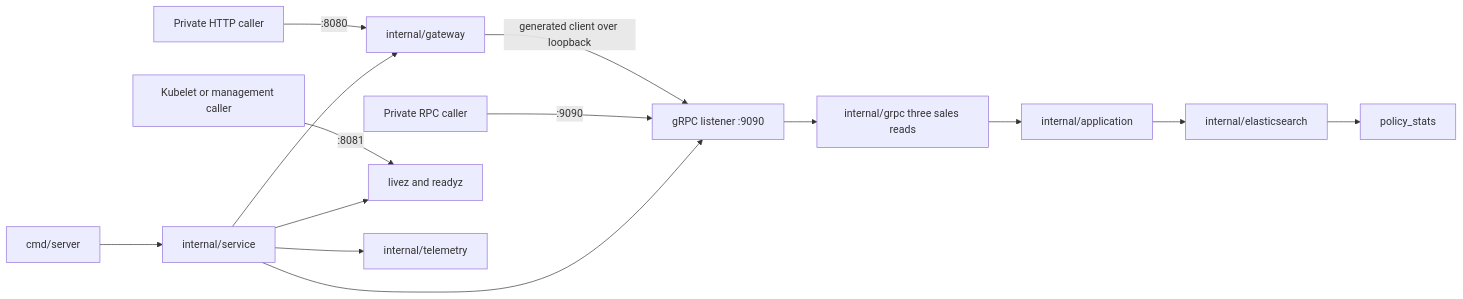
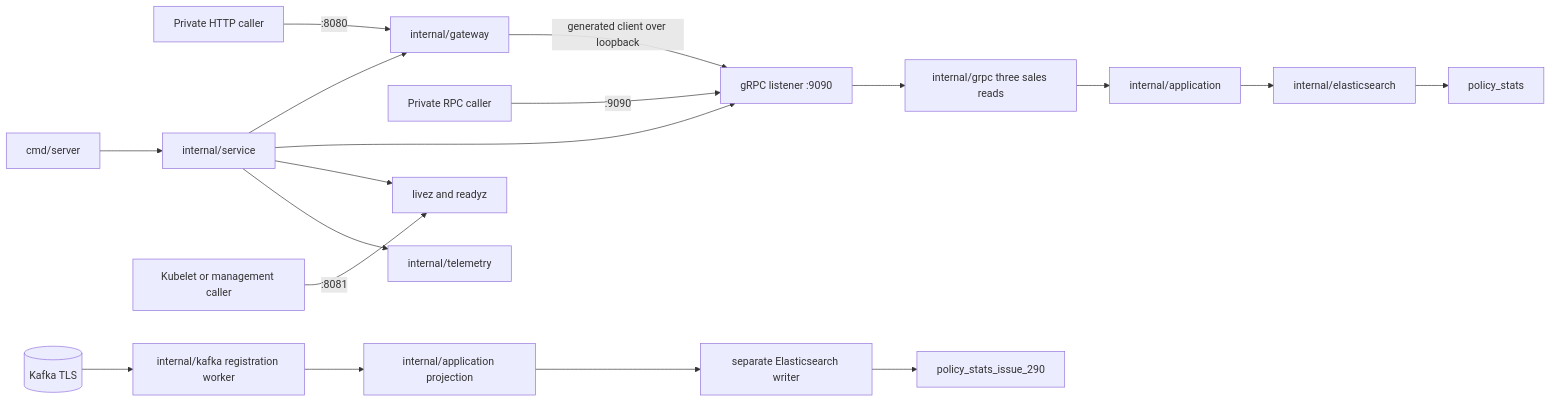
One commit to igor-baiborodine/insurance-hub changed the diagram in services/dashboard-service/README.md. Above: the diagram before and after it, drawn with Mermaid. The commit also changed other lines of this file and 20 other files, not shown here.

````diff
--- a/services/dashboard-service/README.md
+++ b/services/dashboard-service/README.md
@@ -53,16 +53,20 @@
 ```mermaid
 flowchart LR
     caller["Private HTTP caller"] -->|":8080"| gateway["internal/gateway"]
     gateway -->|"generated client over loopback"| listener["gRPC listener :9090"]
     direct["Private RPC caller"] -->|":9090"| listener
     listener --> query["internal/grpc three sales reads"]
     query --> usecase["internal/application"]
     usecase --> reader["internal/elasticsearch"]
     reader --> es["policy_stats"]
+    broker[("Kafka TLS")] --> worker["internal/kafka registration worker"]
+    worker --> projection["internal/application projection"]
+    projection --> writer["separate Elasticsearch writer"]
+    writer --> isolated["policy_stats_issue_290"]
     probes["Kubelet or management caller"] -->|":8081"| health["livez and readyz"]
     entry["cmd/server"] --> composition["internal/service"]
     composition --> gateway
     composition --> listener
     composition --> health
     composition --> telemetry["internal/telemetry"]
 ```
````
